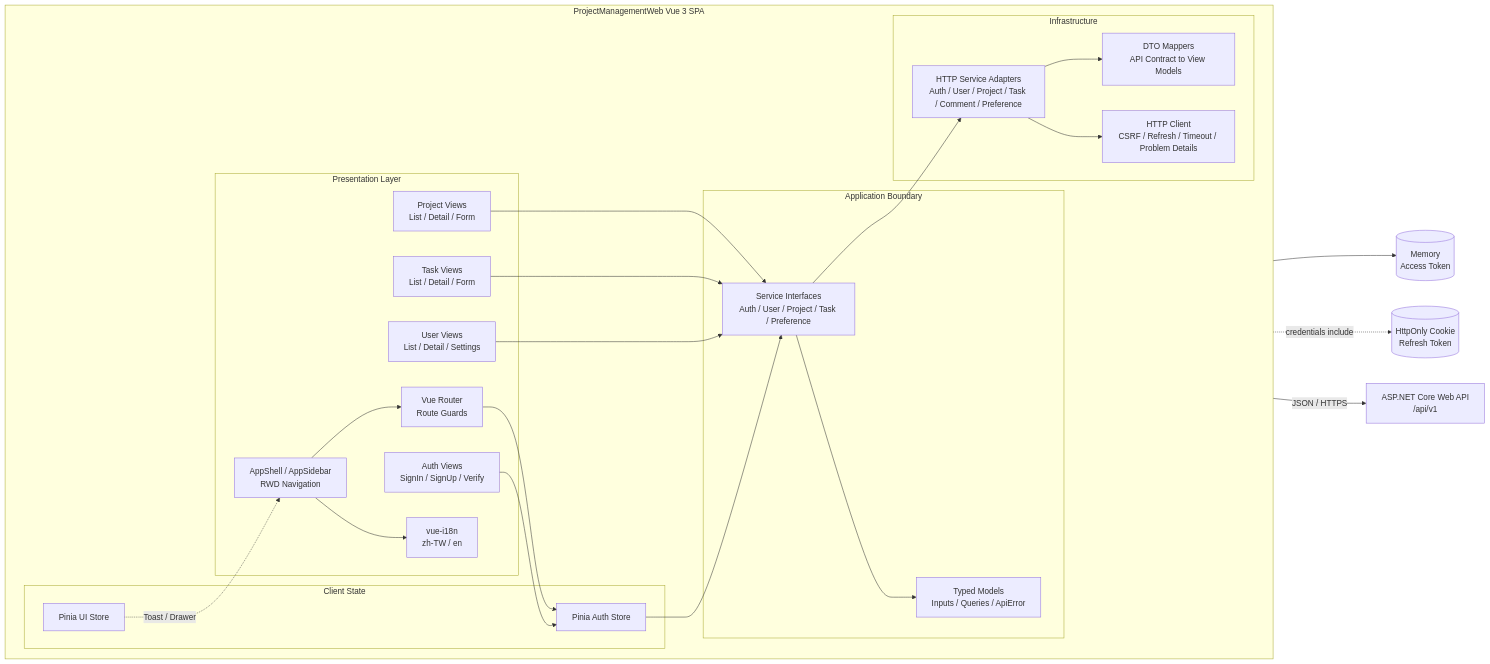
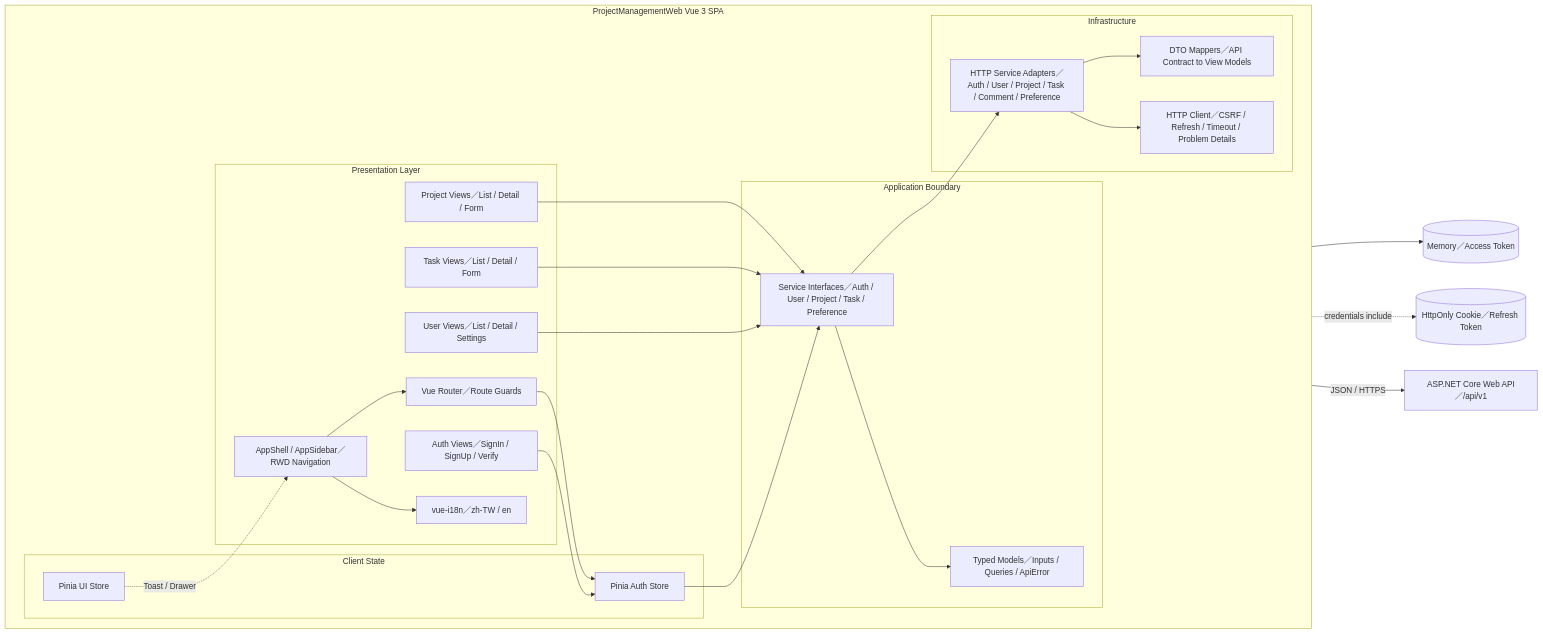
Before and after one commit to JJDing-Louis/ProjectManagementWeb_FrontEnd: the first of 3 diagrams in docs/Architecture.md, drawn with Mermaid. The commit also changed other lines of this file and 3 other files, not shown here.

````diff
--- a/docs/Architecture.md
+++ b/docs/Architecture.md
@@ -9,53 +9,53 @@
 ```mermaid
 flowchart LR
     subgraph SPA[ProjectManagementWeb Vue 3 SPA]
         direction LR
 
         subgraph Presentation[Presentation Layer]
-            AuthViews[Auth Views<br/>SignIn / SignUp / Verify]
-            ProjectViews[Project Views<br/>List / Detail / Form]
-            TaskViews[Task Views<br/>List / Detail / Form]
-            UserViews[User Views<br/>List / Detail / Settings]
-            Shell[AppShell / AppSidebar<br/>RWD Navigation]
-            Router[Vue Router<br/>Route Guards]
-            I18n[vue-i18n<br/>zh-TW / en]
+            AuthViews[Auth Views／SignIn / SignUp / Verify]
+            ProjectViews[Project Views／List / Detail / Form]
+            TaskViews[Task Views／List / Detail / Form]
+            UserViews[User Views／List / Detail / Settings]
+            Shell[AppShell / AppSidebar／RWD Navigation]
+            Router[Vue Router／Route Guards]
+            I18n[vue-i18n／zh-TW / en]
         end
 
         subgraph ClientState[Client State]
             AuthStore[Pinia Auth Store]
             UiStore[Pinia UI Store]
         end
 
         subgraph ApplicationBoundary[Application Boundary]
-            Contracts[Service Interfaces<br/>Auth / User / Project / Task / Preference]
-            Models[Typed Models<br/>Inputs / Queries / ApiError]
+            Contracts[Service Interfaces／Auth / User / Project / Task / Preference]
+            Models[Typed Models／Inputs / Queries / ApiError]
         end
 
         subgraph Infrastructure[Infrastructure]
-            HttpAdapter[HTTP Service Adapters<br/>Auth / User / Project / Task / Comment / Preference]
-            HttpClient[HTTP Client<br/>CSRF / Refresh / Timeout / Problem Details]
-            Mapper[DTO Mappers<br/>API Contract to View Models]
+            HttpAdapter[HTTP Service Adapters／Auth / User / Project / Task / Comment / Preference]
+            HttpClient[HTTP Client／CSRF / Refresh / Timeout / Problem Details]
+            Mapper[DTO Mappers／API Contract to View Models]
         end
     end
 
-    Memory[(Memory<br/>Access Token)]
-    Cookie[(HttpOnly Cookie<br/>Refresh Token)]
-    Backend[ASP.NET Core Web API<br/>/api/v1]
+    Memory[(Memory／Access Token)]
+    Cookie[(HttpOnly Cookie／Refresh Token)]
+    Backend[ASP.NET Core Web API／/api/v1]
 
     Shell --> Router
     Router --> AuthStore
     AuthViews --> AuthStore
     ProjectViews --> Contracts
     TaskViews --> Contracts
     UserViews --> Contracts
     Shell --> I18n
     AuthStore --> Contracts
     UiStore -. Toast / Drawer .-> Shell
     Contracts --> Models
     Contracts --> HttpAdapter
     HttpAdapter --> Mapper
     HttpAdapter --> HttpClient
     HttpClient --> Memory
     HttpClient -. credentials include .-> Cookie
     HttpClient -->|JSON / HTTPS| Backend
 ```
````
